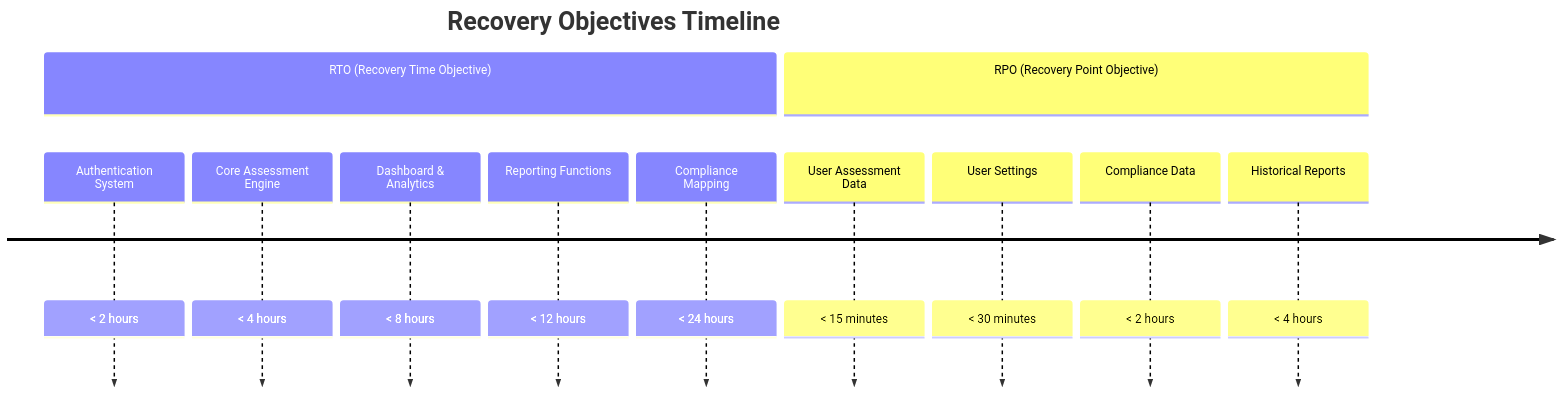
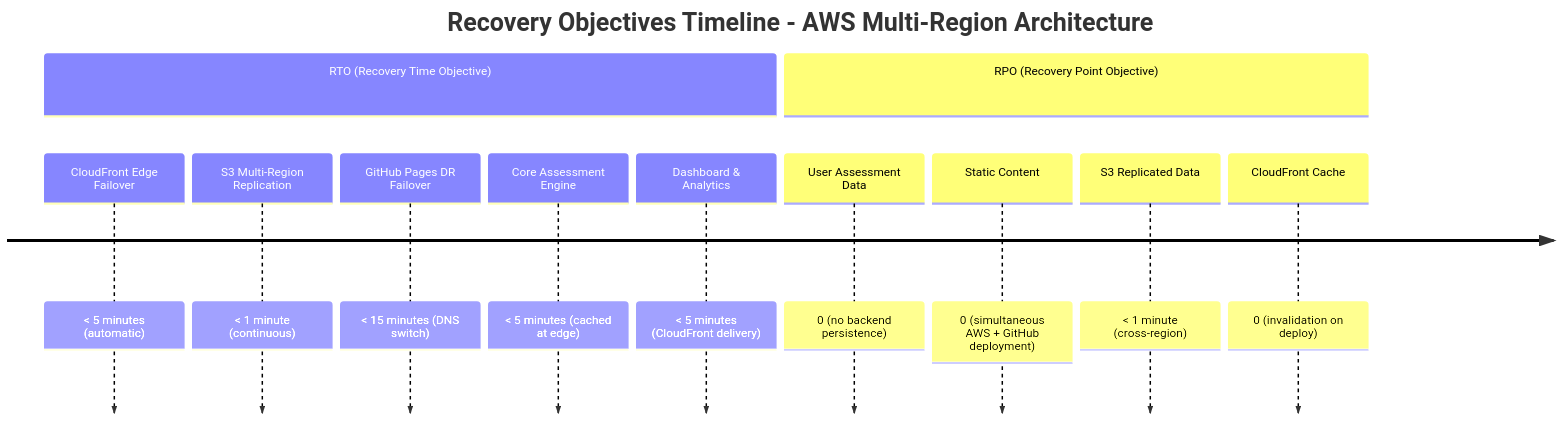
Before and after one commit to Hack23/cia-compliance-manager: the tenth of 33 diagrams in docs/architecture/BCPPlan.md, drawn with Mermaid. The commit also changed other lines of this file and 6 other files, not shown here.

First line of the commit message:
Update architecture documentation to reflect AWS CloudFront + S3 multi-region deployment

````diff
--- a/docs/architecture/BCPPlan.md
+++ b/docs/architecture/BCPPlan.md
@@ -344,15 +365,15 @@
 ```mermaid
 timeline
-    title Recovery Objectives Timeline
+    title Recovery Objectives Timeline - AWS Multi-Region Architecture
     section RTO (Recovery Time Objective)
-        Authentication System : < 2 hours
-        Core Assessment Engine : < 4 hours
-        Dashboard & Analytics : < 8 hours
-        Reporting Functions : < 12 hours
-        Compliance Mapping : < 24 hours
+        CloudFront Edge Failover : < 5 minutes (automatic)
+        S3 Multi-Region Replication : < 1 minute (continuous)
+        GitHub Pages DR Failover : < 15 minutes (DNS switch)
+        Core Assessment Engine : < 5 minutes (cached at edge)
+        Dashboard & Analytics : < 5 minutes (CloudFront delivery)
     section RPO (Recovery Point Objective)
-        User Assessment Data : < 15 minutes
-        User Settings : < 30 minutes
-        Compliance Data : < 2 hours
-        Historical Reports : < 4 hours
+        User Assessment Data : 0 (no backend persistence)
+        Static Content : 0 (simultaneous AWS + GitHub deployment)
+        S3 Replicated Data : < 1 minute (cross-region)
+        CloudFront Cache : 0 (invalidation on deploy)
 ```
````
